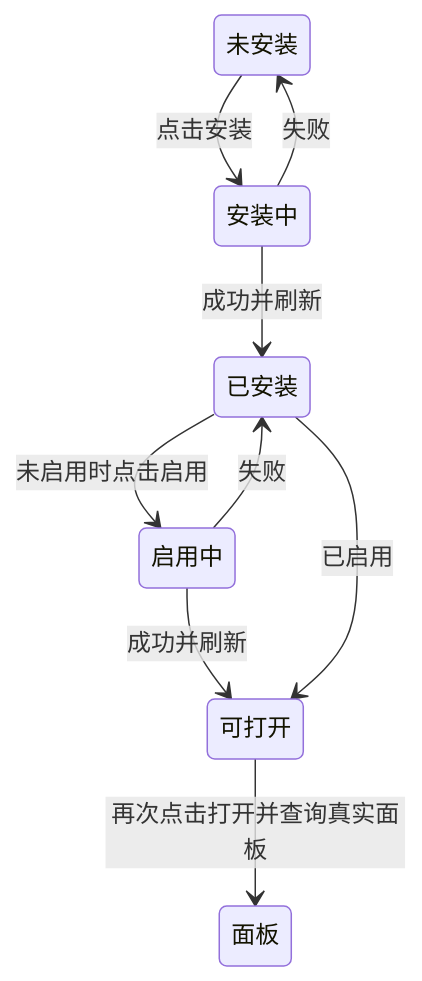
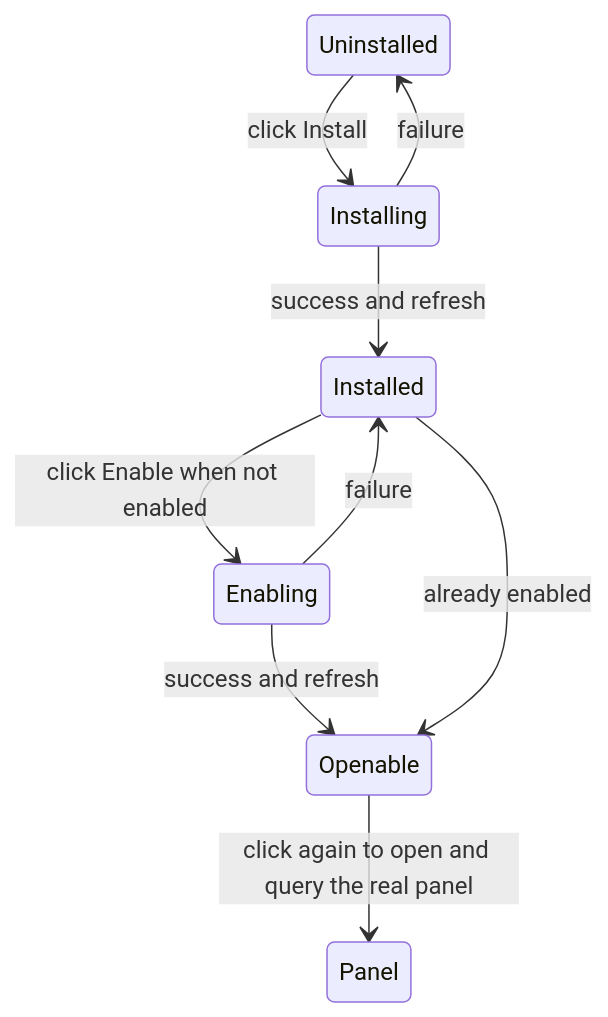
One commit to osben/ZCode changed the fifth of 5 diagrams in docs/plugins/plugin-market-interactions-scope.md. Above: the diagram before and after it, drawn with Mermaid. The commit also changed other lines of this file and 18 other files, not shown here.

````diff
--- a/docs/plugins/plugin-market-interactions-scope.md
+++ b/docs/plugins/plugin-market-interactions-scope.md
@@ -210,11 +277,11 @@
 ```mermaid
 stateDiagram-v2
-  未安装 --> 安装中: 点击安装
-  安装中 --> 未安装: 失败
-  安装中 --> 已安装: 成功并刷新
-  已安装 --> 启用中: 未启用时点击启用
-  启用中 --> 已安装: 失败
-  启用中 --> 可打开: 成功并刷新
-  已安装 --> 可打开: 已启用
-  可打开 --> 面板: 再次点击打开并查询真实面板
+  Uninstalled --> Installing: click Install
+  Installing --> Uninstalled: failure
+  Installing --> Installed: success and refresh
+  Installed --> Enabling: click Enable when not enabled
+  Enabling --> Installed: failure
+  Enabling --> Openable: success and refresh
+  Installed --> Openable: already enabled
+  Openable --> Panel: click again to open and query the real panel
 ```
````
